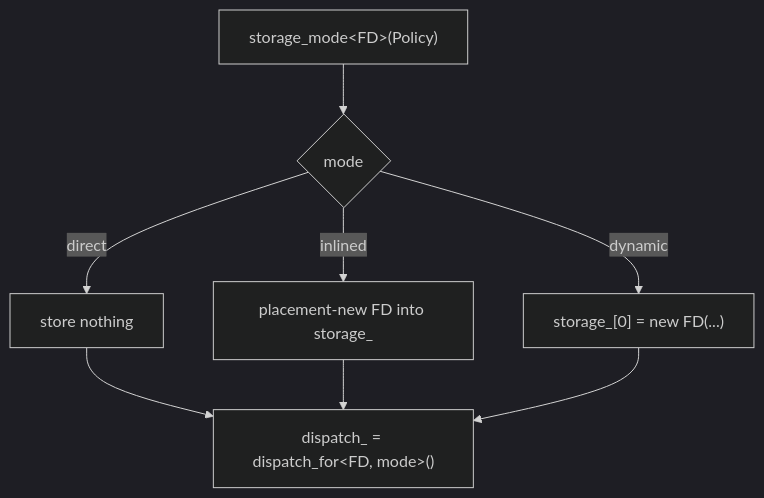
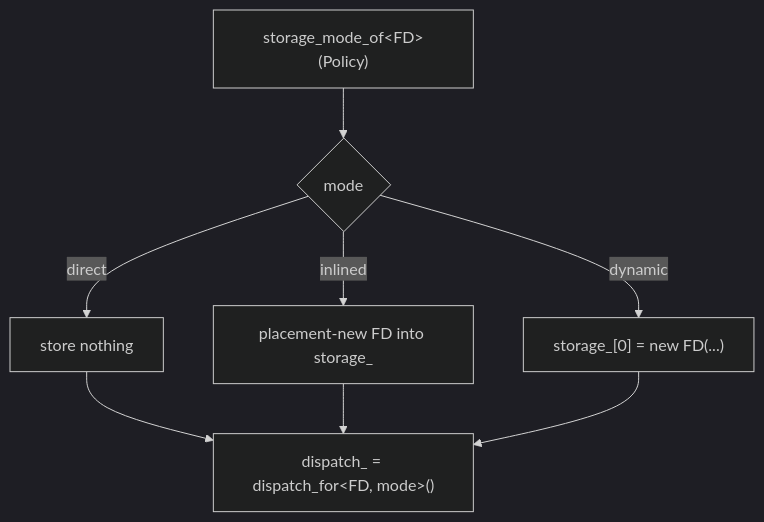
One commit to stevensudit/Corvid changed the second of 3 diagrams in corvid/meta/flexi_function.md. Above: the diagram before and after it, drawn with Mermaid (dark theme). The commit also changed other lines of this file and 5 other files, not shown here.

````diff
--- a/corvid/meta/flexi_function.md
+++ b/corvid/meta/flexi_function.md
@@ -297,10 +297,10 @@
 ```mermaid
 flowchart TD
-    s["storage_mode&lt;FD&gt;(Policy)"] --> m{mode}
+    s["storage_mode_of&lt;FD&gt;(Policy)"] --> m{mode}
     m -->|direct| d["store nothing"]
     m -->|inlined| i["placement-new FD into storage_"]
     m -->|dynamic| h["storage_[0] = new FD(...)"]
     d --> p["dispatch_ = dispatch_for&lt;FD, mode&gt;()"]
     i --> p
     h --> p
 ```
````
